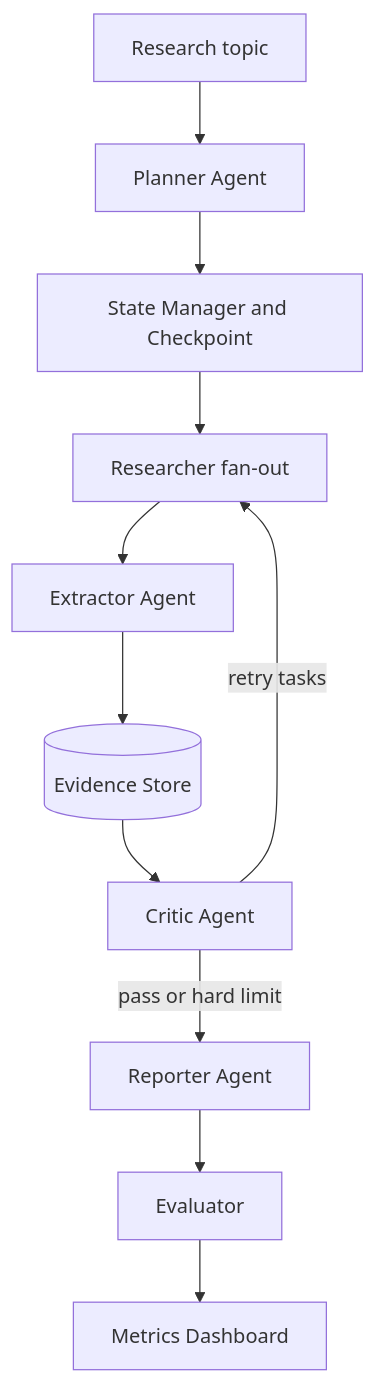
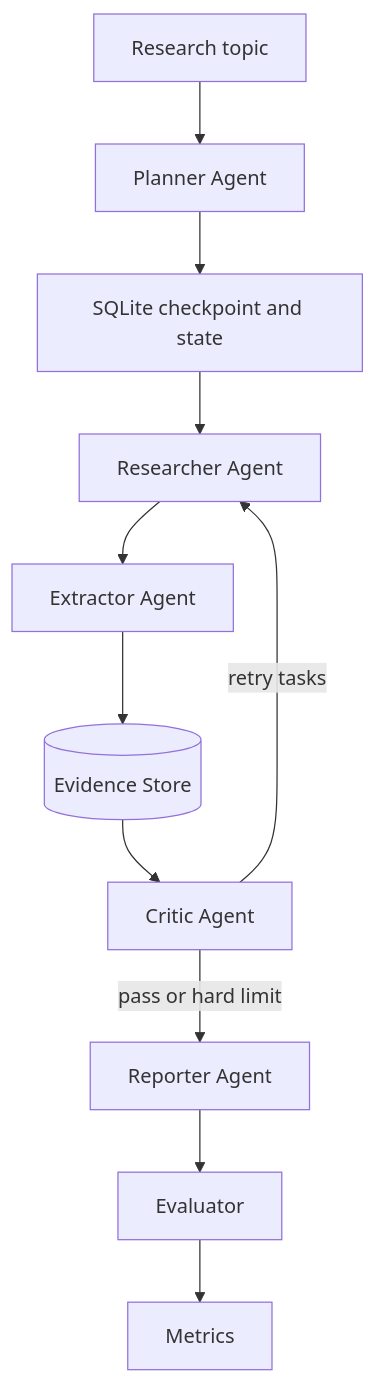
One commit to linqiaoyu/DeepResearchAgent changed the diagram in README.md. Above: the diagram before and after it, drawn with Mermaid. The commit also changed other lines of this file and 2 other files, not shown here.

````diff
--- a/README.md
+++ b/README.md
@@ -16,13 +16,13 @@
 ```mermaid
 flowchart TD
     U[Research topic] --> P[Planner Agent]
-    P --> S[State Manager and Checkpoint]
-    S --> R1[Researcher fan-out]
-    R1 --> X[Extractor Agent]
+    P --> S[SQLite checkpoint and state]
+    S --> R[Researcher Agent]
+    R --> X[Extractor Agent]
     X --> E[(Evidence Store)]
     E --> C[Critic Agent]
-    C -->|retry tasks| R1
+    C -->|retry tasks| R
     C -->|pass or hard limit| W[Reporter Agent]
     W --> V[Evaluator]
-    V --> M[Metrics Dashboard]
+    V --> M[Metrics]
 ```
````
